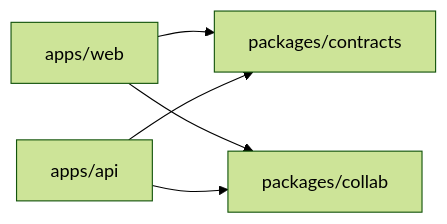
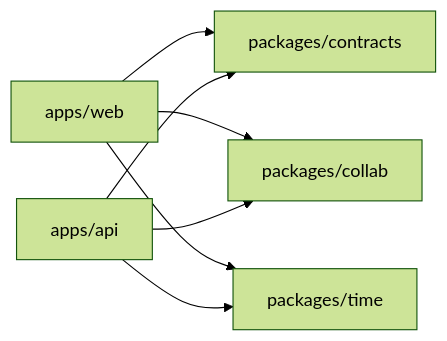
The diagram in docs/architecture.md (ObsisMc/between-pages), drawn with Mermaid (forest theme) before and after one commit. The commit also changed other lines of this file and 33 other files, not shown here.

Commit message:
refactor(time): share time-zone math through packages/time

````diff
--- a/docs/architecture.md
+++ b/docs/architecture.md
@@ -45,7 +46,9 @@
 ```mermaid
 graph LR
   web[apps/web] --> contracts[packages/contracts]
   api[apps/api] --> contracts
   web --> collab[packages/collab]
   api --> collab
+  web --> time[packages/time]
+  api --> time
 ```
````
